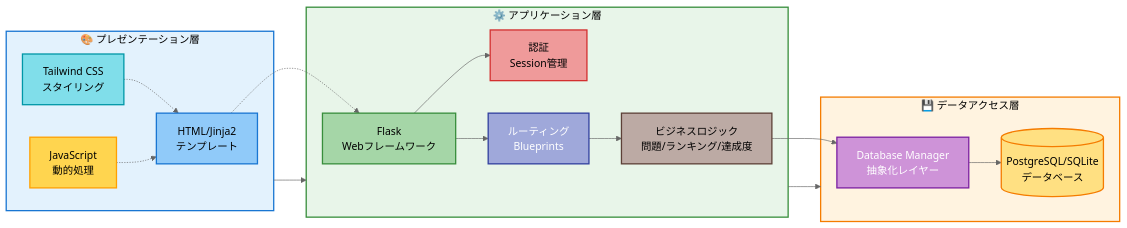
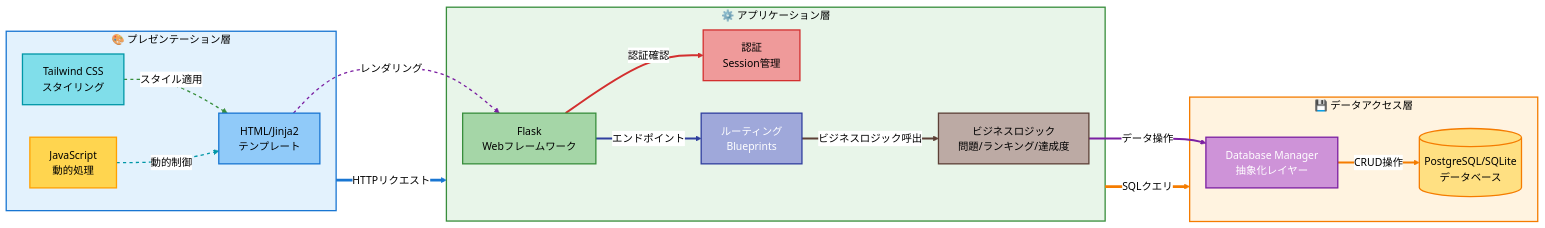
Before and after one commit to d01ki/FE-master: the third of 4 diagrams in docs/diagrams.md, drawn with Mermaid (neutral theme). The commit also changed other lines of this file, not shown here.

Commit message:
docs: Improve arrow visibility and add security notes for question data

````diff
--- a/docs/diagrams.md
+++ b/docs/diagrams.md
@@ -116,46 +121,57 @@
 ```mermaid
 flowchart LR
     subgraph Frontend["🎨 プレゼンテーション層"]
         HTML["HTML/Jinja2<br/>テンプレート"]
         CSS["Tailwind CSS<br/>スタイリング"]
         JS["JavaScript<br/>動的処理"]
     end
     
     subgraph Backend["⚙️ アプリケーション層"]
         Flask["Flask<br/>Webフレームワーク"]
         Auth["認証<br/>Session管理"]
         Routes["ルーティング<br/>Blueprints"]
         Business["ビジネスロジック<br/>問題/ランキング/達成度"]
     end
     
     subgraph Data["💾 データアクセス層"]
         DBMgr["Database Manager<br/>抽象化レイヤー"]
         DB[("PostgreSQL/SQLite<br/>データベース")]
     end
     
-    Frontend --> Backend
-    Backend --> Data
+    Frontend ==>|HTTPリクエスト| Backend
+    Backend ==>|SQLクエリ| Data
     
-    HTML -.-> Flask
-    CSS -.-> HTML
-    JS -.-> HTML
+    HTML -.->|レンダリング| Flask
+    CSS -.->|スタイル適用| HTML
+    JS -.->|動的制御| HTML
     
-    Flask --> Auth
-    Flask --> Routes
-    Routes --> Business
-    Business --> DBMgr
-    DBMgr --> DB
+    Flask ==>|認証確認| Auth
+    Flask ==>|エンドポイント| Routes
+    Routes ==>|ビジネスロジック呼出| Business
+    Business ==>|データ操作| DBMgr
+    DBMgr ==>|CRUD操作| DB
+    
+    linkStyle 0 stroke:#1976D2,stroke-width:4px
+    linkStyle 1 stroke:#F57C00,stroke-width:4px
+    linkStyle 2 stroke:#7B1FA2,stroke-width:2px,stroke-dasharray:5
+    linkStyle 3 stroke:#388E3C,stroke-width:2px,stroke-dasharray:5
+    linkStyle 4 stroke:#0097A7,stroke-width:2px,stroke-dasharray:5
+    linkStyle 5 stroke:#D32F2F,stroke-width:3px
+    linkStyle 6 stroke:#303F9F,stroke-width:3px
+    linkStyle 7 stroke:#5D4037,stroke-width:3px
+    linkStyle 8 stroke:#7B1FA2,stroke-width:3px
+    linkStyle 9 stroke:#F57C00,stroke-width:3px
     
     style HTML fill:#90CAF9,stroke:#1976D2,stroke-width:2px,color:#000
     style CSS fill:#80DEEA,stroke:#0097A7,stroke-width:2px,color:#000
     style JS fill:#FFD54F,stroke:#FFA000,stroke-width:2px,color:#000
     style Flask fill:#A5D6A7,stroke:#388E3C,stroke-width:2px,color:#000
     style Auth fill:#EF9A9A,stroke:#D32F2F,stroke-width:2px,color:#000
     style Routes fill:#9FA8DA,stroke:#303F9F,stroke-width:2px,color:#fff
     style Business fill:#BCAAA4,stroke:#5D4037,stroke-width:2px,color:#000
     style DBMgr fill:#CE93D8,stroke:#7B1FA2,stroke-width:2px,color:#fff
     style DB fill:#FFE082,stroke:#F57C00,stroke-width:2px,color:#000
     style Frontend fill:#E3F2FD,stroke:#1976D2,stroke-width:2px,color:#000
     style Backend fill:#E8F5E9,stroke:#388E3C,stroke-width:2px,color:#000
     style Data fill:#FFF3E0,stroke:#F57C00,stroke-width:2px,color:#000
 ```
````
